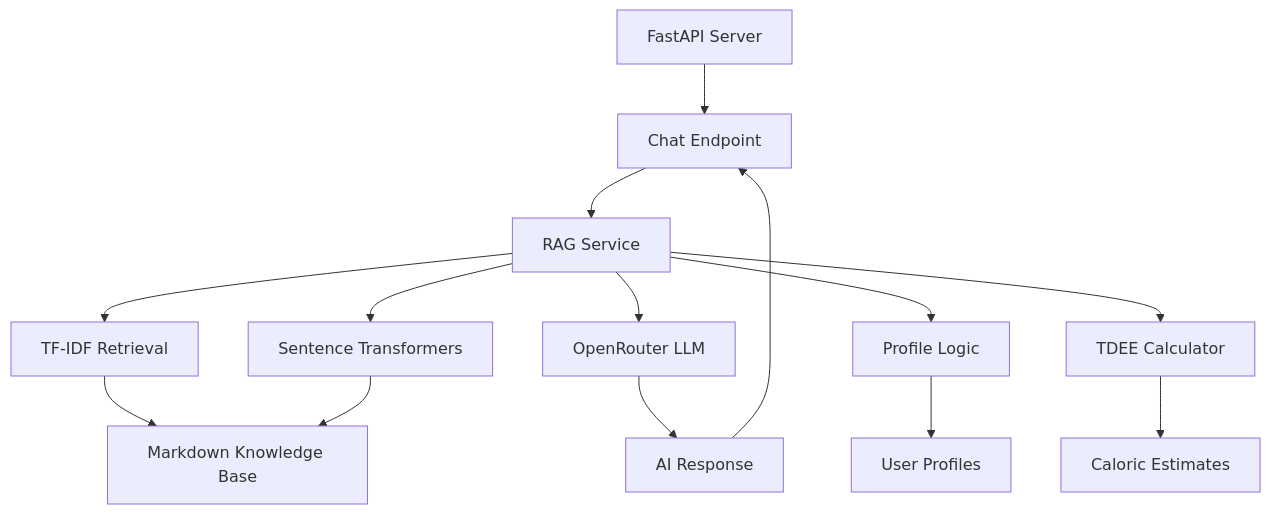
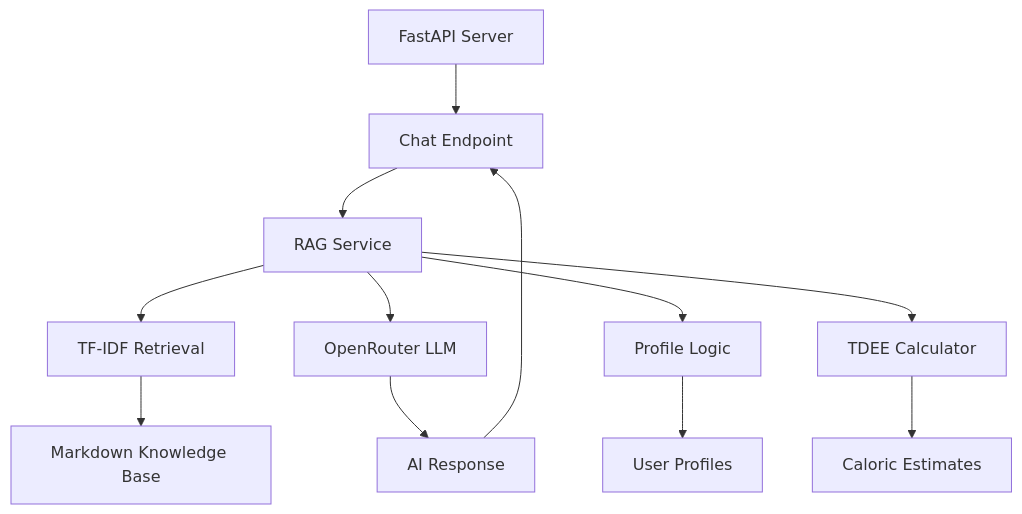
Before and after one commit to JoeyRudd/ai-fitness-coach: the second of 3 diagrams in README.md, drawn with Mermaid. The commit also changed other lines of this file and 5 other files, not shown here.

Commit message:
refactor: remove unused sentence-transformers dependency and fallback code

````diff
--- a/README.md
+++ b/README.md
@@ -220,17 +220,15 @@
 ```mermaid
 graph TD
     A[FastAPI Server] --> B[Chat Endpoint]
     B --> C[RAG Service]
     C --> D[TF-IDF Retrieval]
-    C --> F[Sentence Transformers]
     D --> G[Markdown Knowledge Base]
-    F --> G
     C --> H[OpenRouter LLM]
     C --> I[Profile Logic]
     C --> J[TDEE Calculator]
     I --> K[User Profiles]
     J --> L[Caloric Estimates]
 
     H --> M[AI Response]
     M --> B
 ```
````
